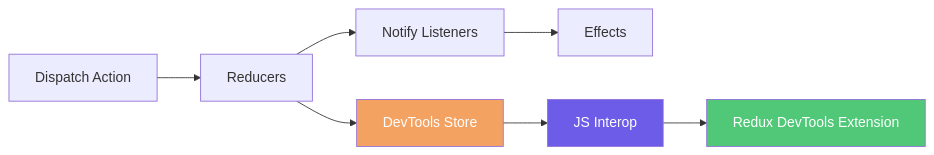
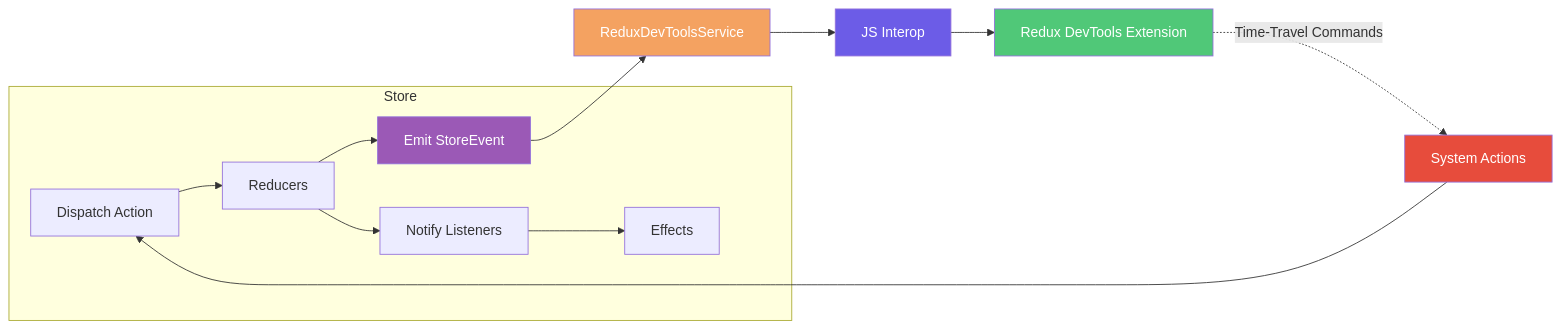
The diagram in docs/Docusaurus/docs/client-state-management/devtools.md (Gibbs-Morris/mississippi), drawn with Mermaid before and after one commit. The commit also changed other lines of this file and 22 other files, not shown here.

````diff
--- a/docs/Docusaurus/docs/client-state-management/devtools.md
+++ b/docs/Docusaurus/docs/client-state-management/devtools.md
@@ -114,13 +114,21 @@
 ```mermaid
 flowchart LR
-    A[Dispatch Action] --> B[Reducers]
-    B --> C[Notify Listeners]
-    C --> D[Effects]
-    B --> DT[DevTools Store]
-    DT --> JS[JS Interop]
+    subgraph Store
+        A[Dispatch Action] --> B[Reducers]
+        B --> C[Notify Listeners]
+        C --> D[Effects]
+        B --> SE[Emit StoreEvent]
+    end
+    
+    SE --> DTS[ReduxDevToolsService]
+    DTS --> JS[JS Interop]
     JS --> EXT[Redux DevTools Extension]
+    EXT -.->|Time-Travel Commands| SA[System Actions]
+    SA --> A
     
-    style DT fill:#f4a261,color:#fff
+    style SE fill:#9b59b6,color:#fff
+    style DTS fill:#f4a261,color:#fff
     style JS fill:#6c5ce7,color:#fff
     style EXT fill:#50c878,color:#fff
+    style SA fill:#e74c3c,color:#fff
 ```
````
